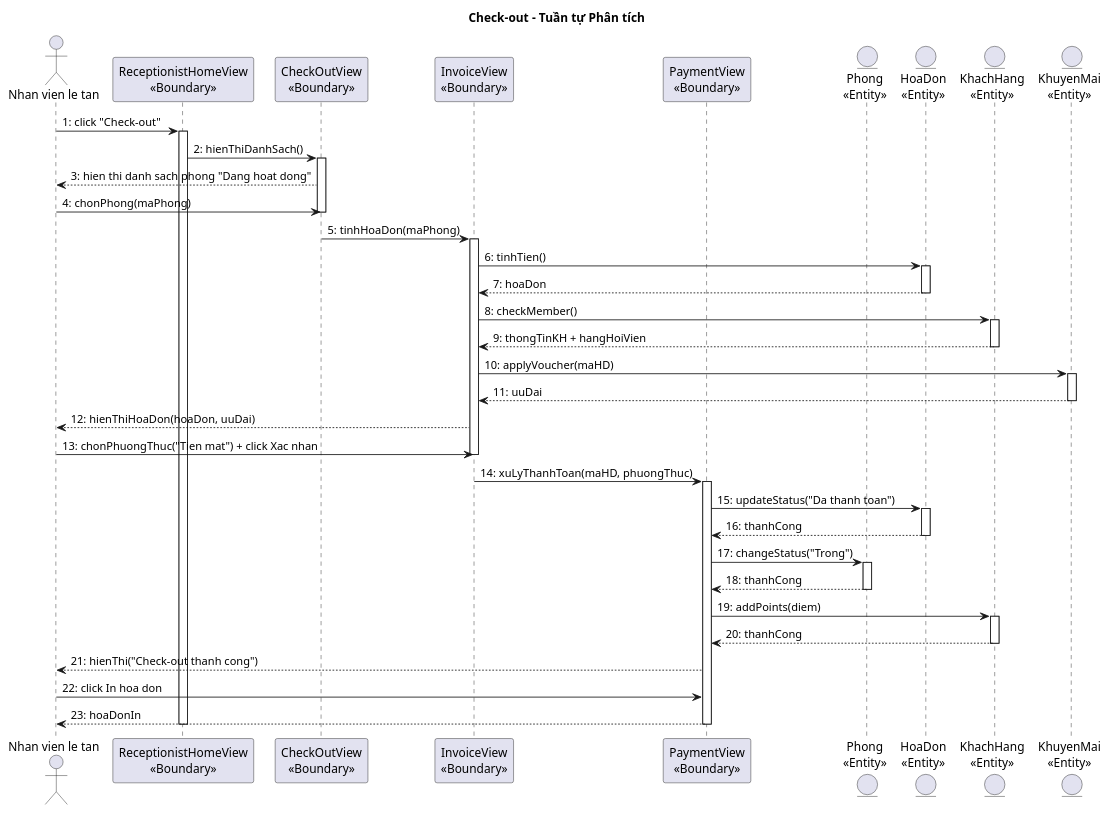
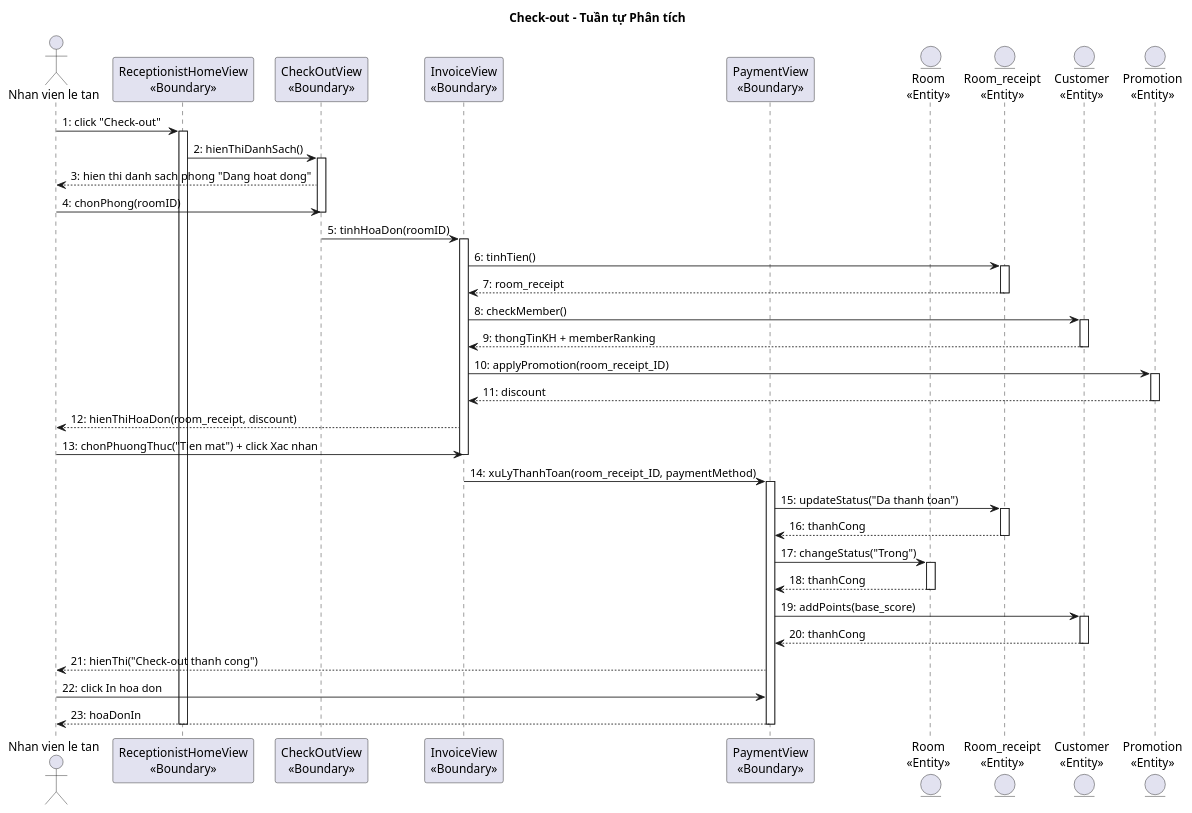
Before and after one commit to thanhtrnnn/cnpm: the eighth of 8 diagrams in docs/tabs/section-booking-ii.3-2.4.md, drawn with PlantUML. The commit also changed other lines of this file and 10 other files, not shown here.

First line of the commit message:
sync: update all sequence diagrams with English entity names per Google Docs

````diff
--- a/docs/tabs/section-booking-ii.3-2.4.md
+++ b/docs/tabs/section-booking-ii.3-2.4.md
@@ -545,59 +545,59 @@
 ```plantuml
 @startuml
 title Check-out – Tuần tự Phân tích
 
 actor "Nhan vien le tan" as NV
 participant "ReceptionistHomeView\n<<Boundary>>" as Home
 participant "CheckOutView\n<<Boundary>>" as CheckOut
 participant "InvoiceView\n<<Boundary>>" as Invoice
 participant "PaymentView\n<<Boundary>>" as Payment
-entity "Phong\n<<Entity>>" as Phong
-entity "HoaDon\n<<Entity>>" as HD
-entity "KhachHang\n<<Entity>>" as KH
-entity "KhuyenMai\n<<Entity>>" as KM
+entity "Room\n<<Entity>>" as Room
+entity "Room_receipt\n<<Entity>>" as RR
+entity "Customer\n<<Entity>>" as Cust
+entity "Promotion\n<<Entity>>" as Promo
 
 NV -> Home : 1: click "Check-out"
 activate Home
 Home -> CheckOut : 2: hienThiDanhSach()
 activate CheckOut
 CheckOut --> NV : 3: hien thi danh sach phong "Dang hoat dong"
-NV -> CheckOut : 4: chonPhong(maPhong)
+NV -> CheckOut : 4: chonPhong(roomID)
 deactivate CheckOut
-CheckOut -> Invoice : 5: tinhHoaDon(maPhong)
+CheckOut -> Invoice : 5: tinhHoaDon(roomID)
 activate Invoice
-Invoice -> HD : 6: tinhTien()
-activate HD
-HD --> Invoice : 7: hoaDon
-deactivate HD
-Invoice -> KH : 8: checkMember()
-activate KH
-KH --> Invoice : 9: thongTinKH + hangHoiVien
-deactivate KH
-Invoice -> KM : 10: applyVoucher(maHD)
-activate KM
-KM --> Invoice : 11: uuDai
-deactivate KM
-Invoice --> NV : 12: hienThiHoaDon(hoaDon, uuDai)
+Invoice -> RR : 6: tinhTien()
+activate RR
+RR --> Invoice : 7: room_receipt
+deactivate RR
+Invoice -> Cust : 8: checkMember()
+activate Cust
+Cust --> Invoice : 9: thongTinKH + memberRanking
+deactivate Cust
+Invoice -> Promo : 10: applyPromotion(room_receipt_ID)
+activate Promo
+Promo --> Invoice : 11: discount
+deactivate Promo
+Invoice --> NV : 12: hienThiHoaDon(room_receipt, discount)
 NV -> Invoice : 13: chonPhuongThuc("Tien mat") + click Xac nhan
 deactivate Invoice
-Invoice -> Payment : 14: xuLyThanhToan(maHD, phuongThuc)
+Invoice -> Payment : 14: xuLyThanhToan(room_receipt_ID, paymentMethod)
 activate Payment
-Payment -> HD : 15: updateStatus("Da thanh toan")
-activate HD
-HD --> Payment : 16: thanhCong
-deactivate HD
-Payment -> Phong : 17: changeStatus("Trong")
-activate Phong
-Phong --> Payment : 18: thanhCong
-deactivate Phong
-Payment -> KH : 19: addPoints(diem)
-activate KH
-KH --> Payment : 20: thanhCong
-deactivate KH
+Payment -> RR : 15: updateStatus("Da thanh toan")
+activate RR
+RR --> Payment : 16: thanhCong
+deactivate RR
+Payment -> Room : 17: changeStatus("Trong")
+activate Room
+Room --> Payment : 18: thanhCong
+deactivate Room
+Payment -> Cust : 19: addPoints(base_score)
+activate Cust
+Cust --> Payment : 20: thanhCong
+deactivate Cust
 Payment --> NV : 21: hienThi("Check-out thanh cong")
 NV -> Payment : 22: click In hoa don
 Payment --> NV : 23: hoaDonIn
 deactivate Payment
 deactivate Home
 @enduml
 ```
````
